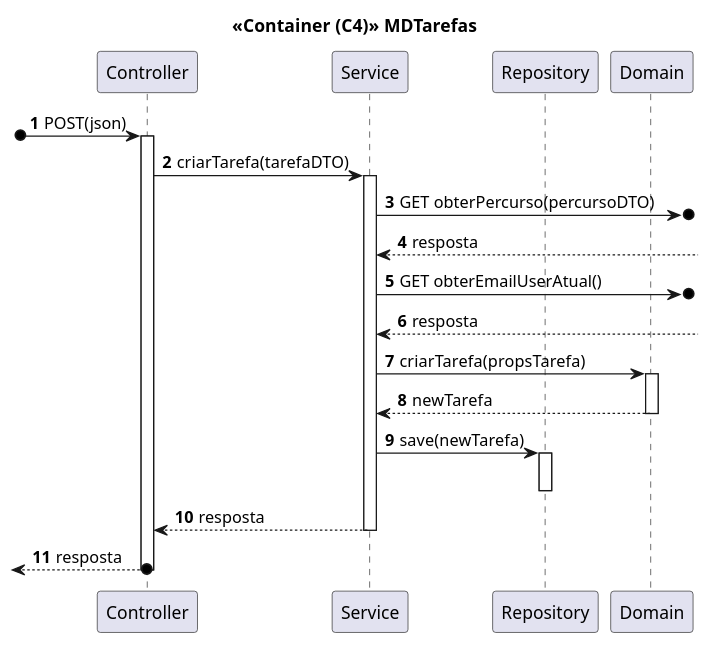
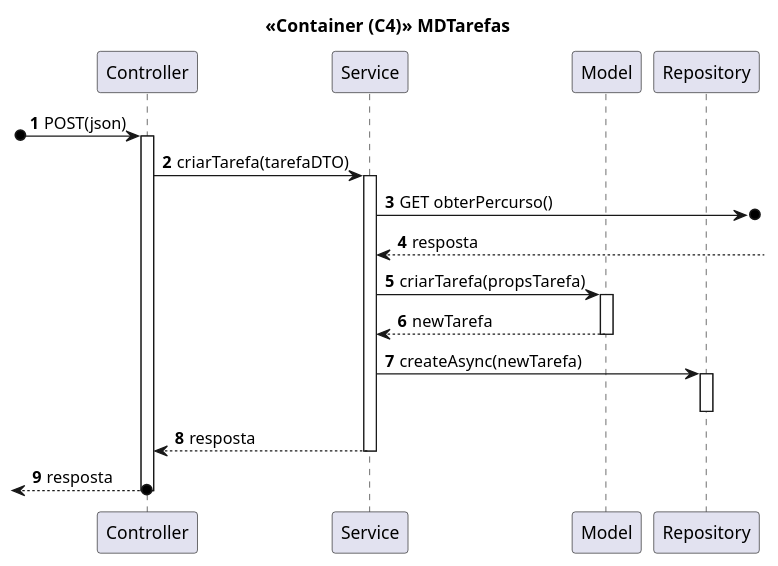
The diagram in docs/Sprint_C/US_460/US_460.2/N3/N3_VP.puml (SEM5PI2324G58/sem5pi_g58_23_24), drawn with PlantUML before and after one commit. The commit also changed 7 other files, not shown here.

```diff
--- a/docs/Sprint_C/US_460/US_460.2/N3/N3_VP.puml
+++ b/docs/Sprint_C/US_460/US_460.2/N3/N3_VP.puml
@@ -1,26 +1,24 @@
 autonumber
 
 title <<Container (C4)>> MDTarefas
 
 participant "Controller" as ctrl
 participant "Service" as service
+participant "Model" as domain
 participant "Repository" as repo
-participant "Domain" as domain
 
 
 [o-> ctrl: POST(json)
 activate ctrl
 ctrl -> service: criarTarefa(tarefaDTO) 
 activate service
-service ->o] : GET obterPercurso(percursoDTO)
-service <-- : resposta
-service ->o] : GET obterEmailUserAtual()
+service ->o] : GET obterPercurso()
 service <-- : resposta
 service -> domain : criarTarefa(propsTarefa)
 activate domain
 return newTarefa
-service -> repo : save(newTarefa)
+service -> repo : createAsync(newTarefa)
 activate repo
 deactivate repo
 return resposta
 return resposta
```
